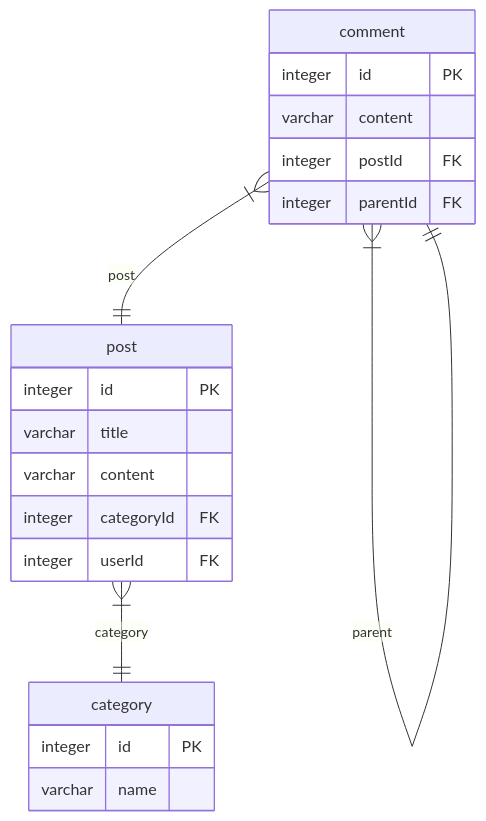
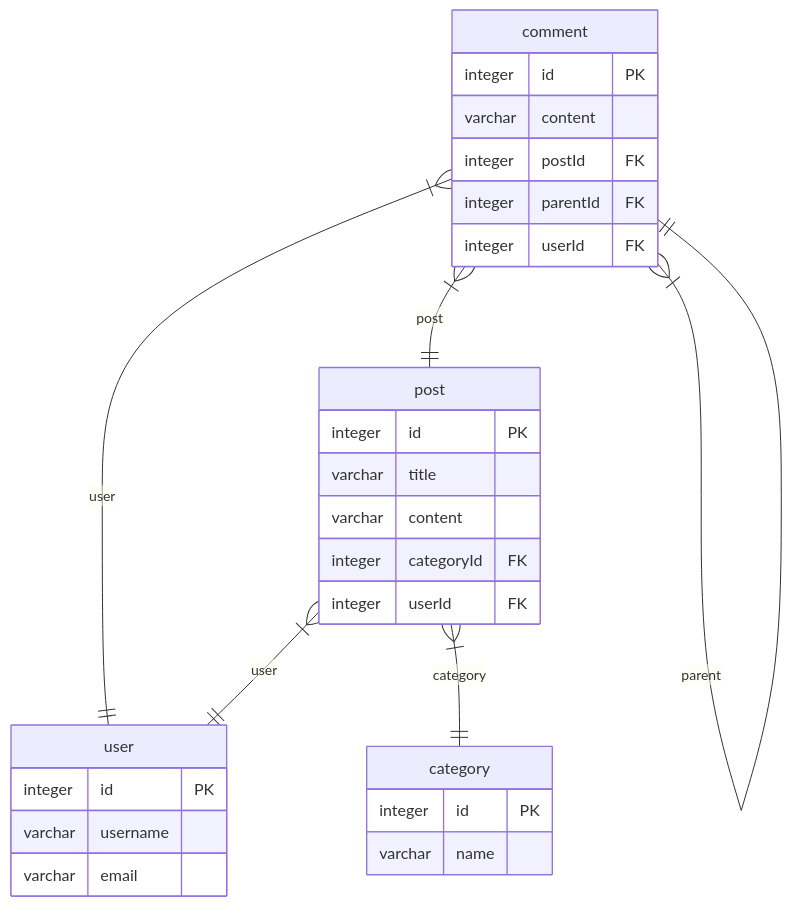
The first of 3 diagrams in test/test-nestjs-app/docs/sqlite-erd.md (hermin9804/typeorm-markdown-generator), drawn with Mermaid before and after one commit. The commit also changed other lines of this file and 13 other files, not shown here.

Commit message:
feat: test erd entity 추가

````diff
--- a/test/test-nestjs-app/docs/sqlite-erd.md
+++ b/test/test-nestjs-app/docs/sqlite-erd.md
@@ -17,23 +18,31 @@
 ```mermaid
 erDiagram
   comment {
     integer id PK
     varchar content
     integer postId FK
     integer parentId FK
+    integer userId FK
   }
   category {
     integer id PK
     varchar name
   }
   post {
     integer id PK
     varchar title
     varchar content
     integer categoryId FK
     integer userId FK
   }
+  user {
+    integer id PK
+    varchar username
+    varchar email
+  }
   comment }|--|| post: post
   comment }|--|| comment: parent
+  comment }|--|| user: user
+  post }|--|| user: user
   post }|--|| category: category
 ```
````
